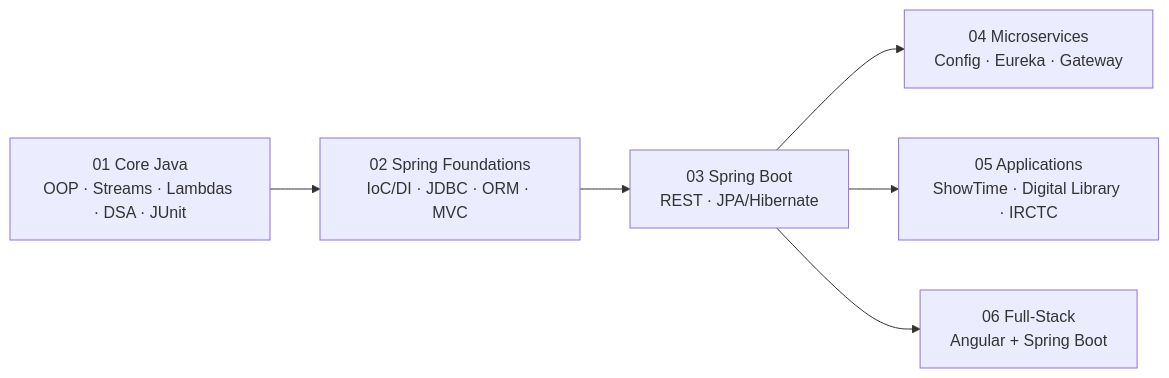
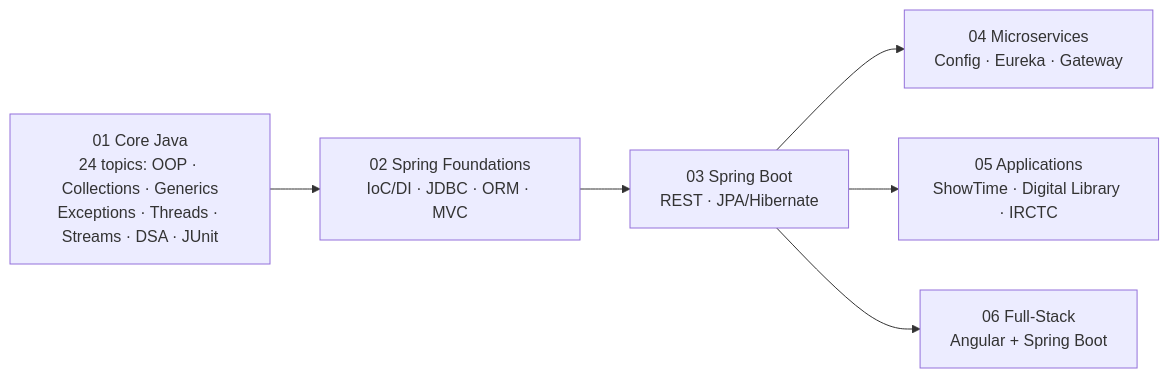
One commit to adityachauhan564/spring-framework changed the diagram in README.md. Above: the diagram before and after it, drawn with Mermaid. The commit also changed other lines of this file, not shown here.

First line of the commit message:
docs(readme): reflect head-first-java's 24 topics

````diff
--- a/README.md
+++ b/README.md
@@ -7,8 +7,8 @@
 ```mermaid
 flowchart LR
-    A["01 Core Java<br/>OOP · Streams · Lambdas · DSA · JUnit"] --> B["02 Spring Foundations<br/>IoC/DI · JDBC · ORM · MVC"]
+    A["01 Core Java<br/>24 topics: OOP · Collections · Generics<br/>Exceptions · Threads · Streams · DSA · JUnit"] --> B["02 Spring Foundations<br/>IoC/DI · JDBC · ORM · MVC"]
     B --> C["03 Spring Boot<br/>REST · JPA/Hibernate"]
     C --> D["04 Microservices<br/>Config · Eureka · Gateway"]
     C --> E["05 Applications<br/>ShowTime · Digital Library · IRCTC"]
     C --> F["06 Full-Stack<br/>Angular + Spring Boot"]
 ```
````
